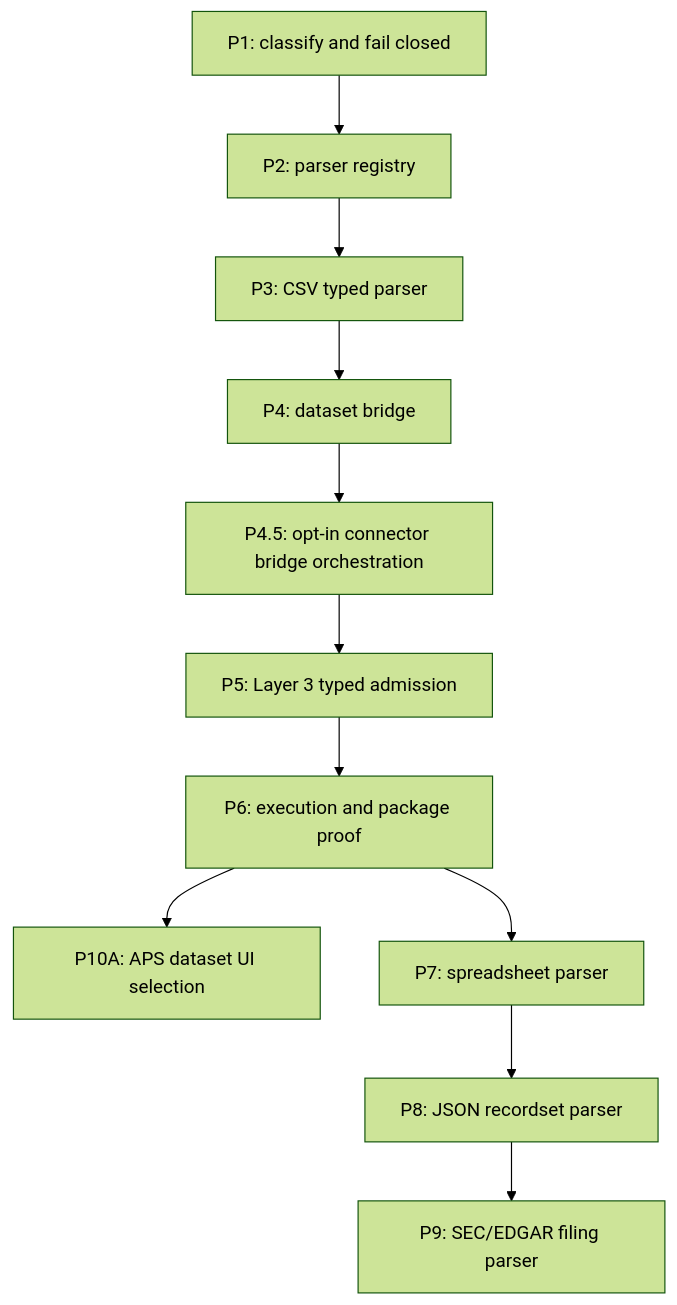
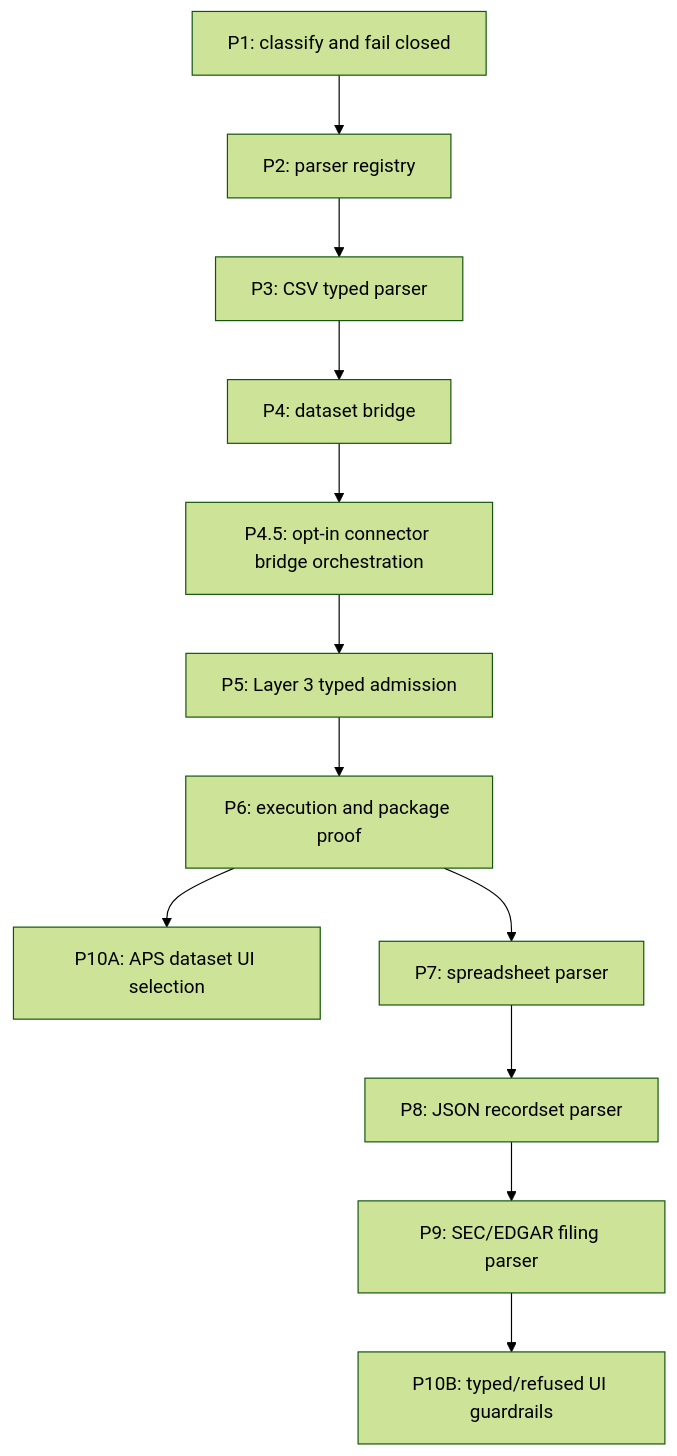
One commit to benjmcd/project6_REPO_MCP_FOLDER changed the diagram in next_milestone_plans/multi-ingest/03-implementation.md. Above: the diagram before and after it, drawn with Mermaid (forest theme). The commit also changed other lines of this file and 14 other files, not shown here.

Commit message:
Surface typed APS source family guardrails

````diff
--- a/next_milestone_plans/multi-ingest/03-implementation.md
+++ b/next_milestone_plans/multi-ingest/03-implementation.md
@@ -447,13 +449,14 @@
 ```mermaid
 flowchart TD
     A["P1: classify and fail closed"] --> B["P2: parser registry"]
     B --> C["P3: CSV typed parser"]
     C --> D["P4: dataset bridge"]
     D --> E["P4.5: opt-in connector bridge orchestration"]
     E --> F["P5: Layer 3 typed admission"]
     F --> G["P6: execution and package proof"]
     G --> H["P10A: APS dataset UI selection"]
     G --> I["P7: spreadsheet parser"]
     I --> J["P8: JSON recordset parser"]
     J --> K["P9: SEC/EDGAR filing parser"]
+    K --> L["P10B: typed/refused UI guardrails"]
 ```
````
